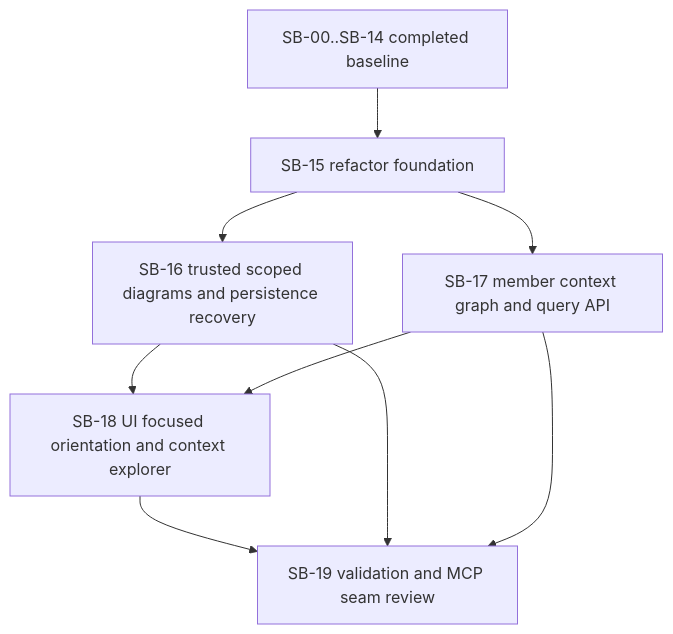
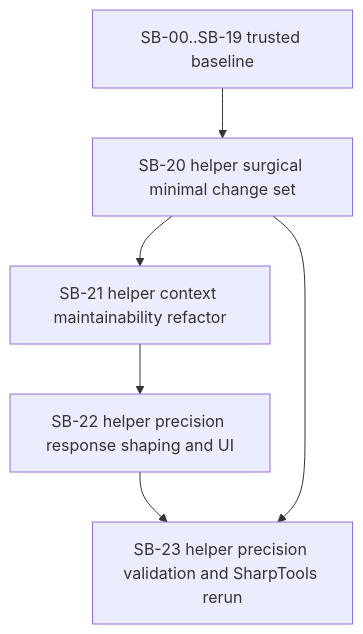
Before and after one commit to fyziktom/CanDoItAll.CodeAnalysis: the diagram in CanDoItAll.CodeAnalsis.ExecutionBundle/plan/01-phase-plan.md, drawn with Mermaid. The commit also changed other lines of this file and 28 other files, not shown here.

Commit message:
focused context search

````diff
--- a/CanDoItAll.CodeAnalsis.ExecutionBundle/plan/01-phase-plan.md
+++ b/CanDoItAll.CodeAnalsis.ExecutionBundle/plan/01-phase-plan.md
@@ -16,11 +16,8 @@
 ```mermaid
 flowchart TD
-    SB00[SB-00..SB-14 completed baseline] --> SB15[SB-15 refactor foundation]
-    SB15 --> SB16[SB-16 trusted scoped diagrams and persistence recovery]
-    SB15 --> SB17[SB-17 member context graph and query API]
-    SB16 --> SB18[SB-18 UI focused orientation and context explorer]
-    SB17 --> SB18
-    SB18 --> SB19[SB-19 validation and MCP seam review]
-    SB16 --> SB19
-    SB17 --> SB19
+    SB00[SB-00..SB-19 trusted baseline] --> SB20[SB-20 helper surgical minimal change set]
+    SB20 --> SB21[SB-21 helper context maintainability refactor]
+    SB21 --> SB22[SB-22 helper precision response shaping and UI]
+    SB22 --> SB23[SB-23 helper precision validation and SharpTools rerun]
+    SB20 --> SB23
 ```
````
